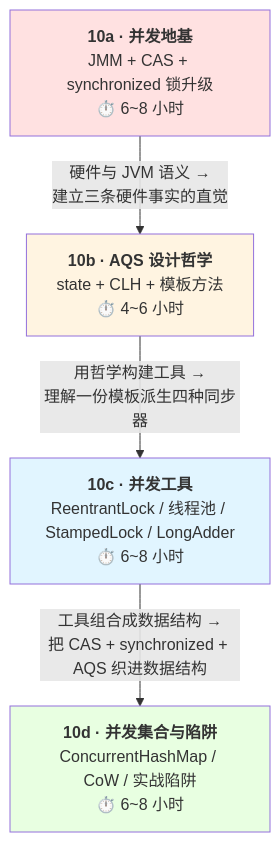
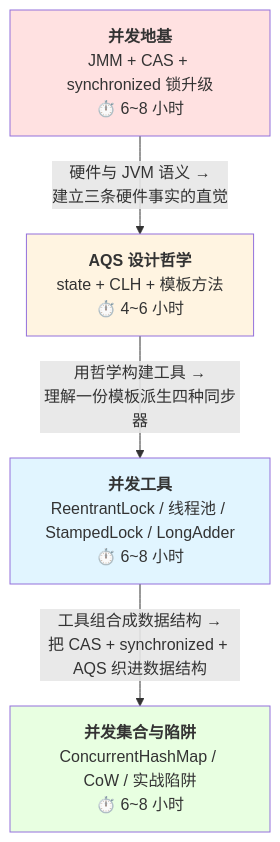
One commit to b1tzer/b1tzer.github.io changed the third of 3 diagrams in docs/01-java-basic/10-并发编程综览：战役三 · 从硬件事实到组合运用的四层下沉.md. Above: the diagram before and after it, drawn with Mermaid. The commit also changed other lines of this file and 18 other files, not shown here.

````diff
--- a/docs/01-java-basic/10-并发编程综览：战役三 · 从硬件事实到组合运用的四层下沉.md
+++ b/docs/01-java-basic/10-并发编程综览：战役三 · 从硬件事实到组合运用的四层下沉.md
@@ -113,13 +87,13 @@
 ```mermaid
 flowchart TB
-    A["<b>10a · 并发地基</b><br/>JMM + CAS + synchronized 锁升级<br/>⏱️ 6~8 小时"] -->|"硬件与 JVM 语义 →<br/>建立三条硬件事实的直觉"| B["<b>10b · AQS 设计哲学</b><br/>state + CLH + 模板方法<br/>⏱️ 4~6 小时"]
+    A["<b>并发地基</b><br/>JMM + CAS + synchronized 锁升级<br/>⏱️ 6~8 小时"] -->|"硬件与 JVM 语义 →<br/>建立三条硬件事实的直觉"| B["<b>AQS 设计哲学</b><br/>state + CLH + 模板方法<br/>⏱️ 4~6 小时"]
 
-    B -->|"用哲学构建工具 →<br/>理解一份模板派生四种同步器"| C["<b>10c · 并发工具</b><br/>ReentrantLock / 线程池 / StampedLock / LongAdder<br/>⏱️ 6~8 小时"]
+    B -->|"用哲学构建工具 →<br/>理解一份模板派生四种同步器"| C["<b>并发工具</b><br/>ReentrantLock / 线程池 / StampedLock / LongAdder<br/>⏱️ 6~8 小时"]
 
-    C -->|"工具组合成数据结构 →<br/>把 CAS + synchronized + AQS 织进数据结构"| D["<b>10d · 并发集合与陷阱</b><br/>ConcurrentHashMap / CoW / 实战陷阱<br/>⏱️ 6~8 小时"]
+    C -->|"工具组合成数据结构 →<br/>把 CAS + synchronized + AQS 织进数据结构"| D["<b>并发集合与陷阱</b><br/>ConcurrentHashMap / CoW / 实战陷阱<br/>⏱️ 6~8 小时"]
 
     style A fill:#ffe1e1
     style B fill:#fff4e1
     style C fill:#e1f5ff
     style D fill:#e8ffe1
 ```
````
